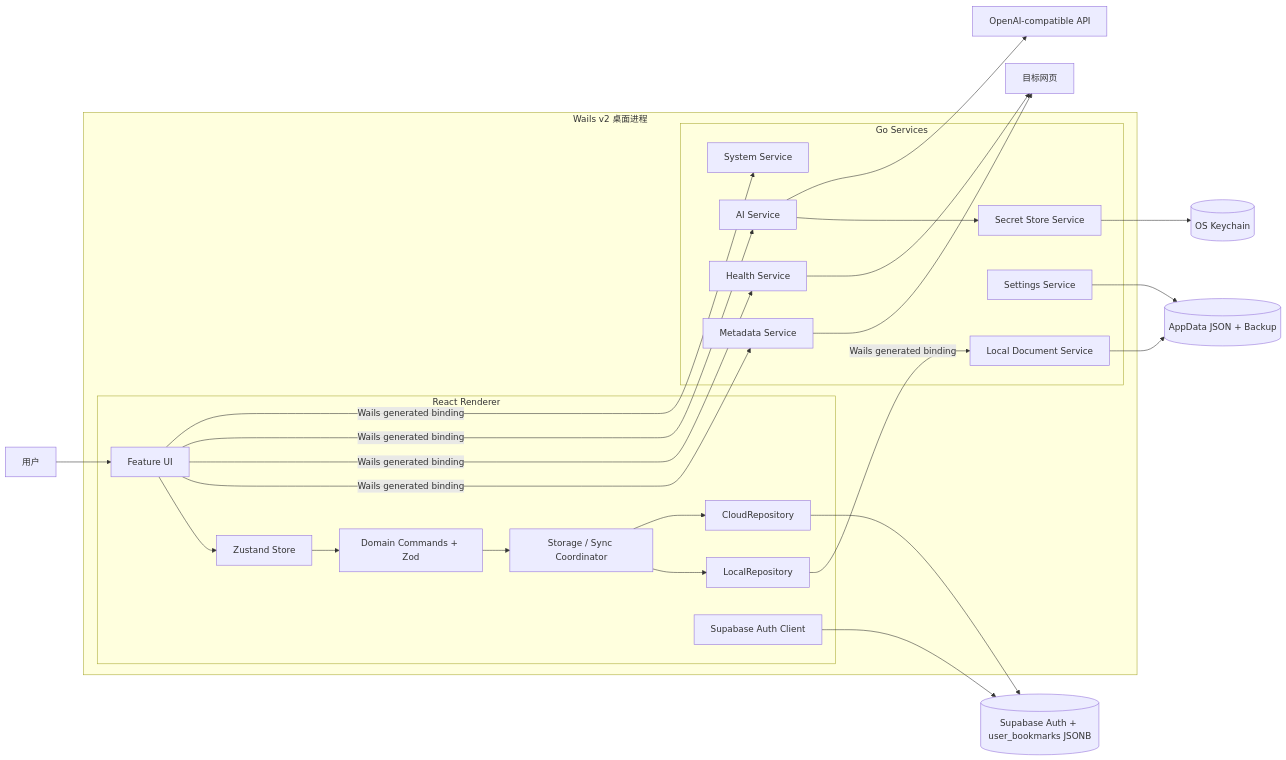
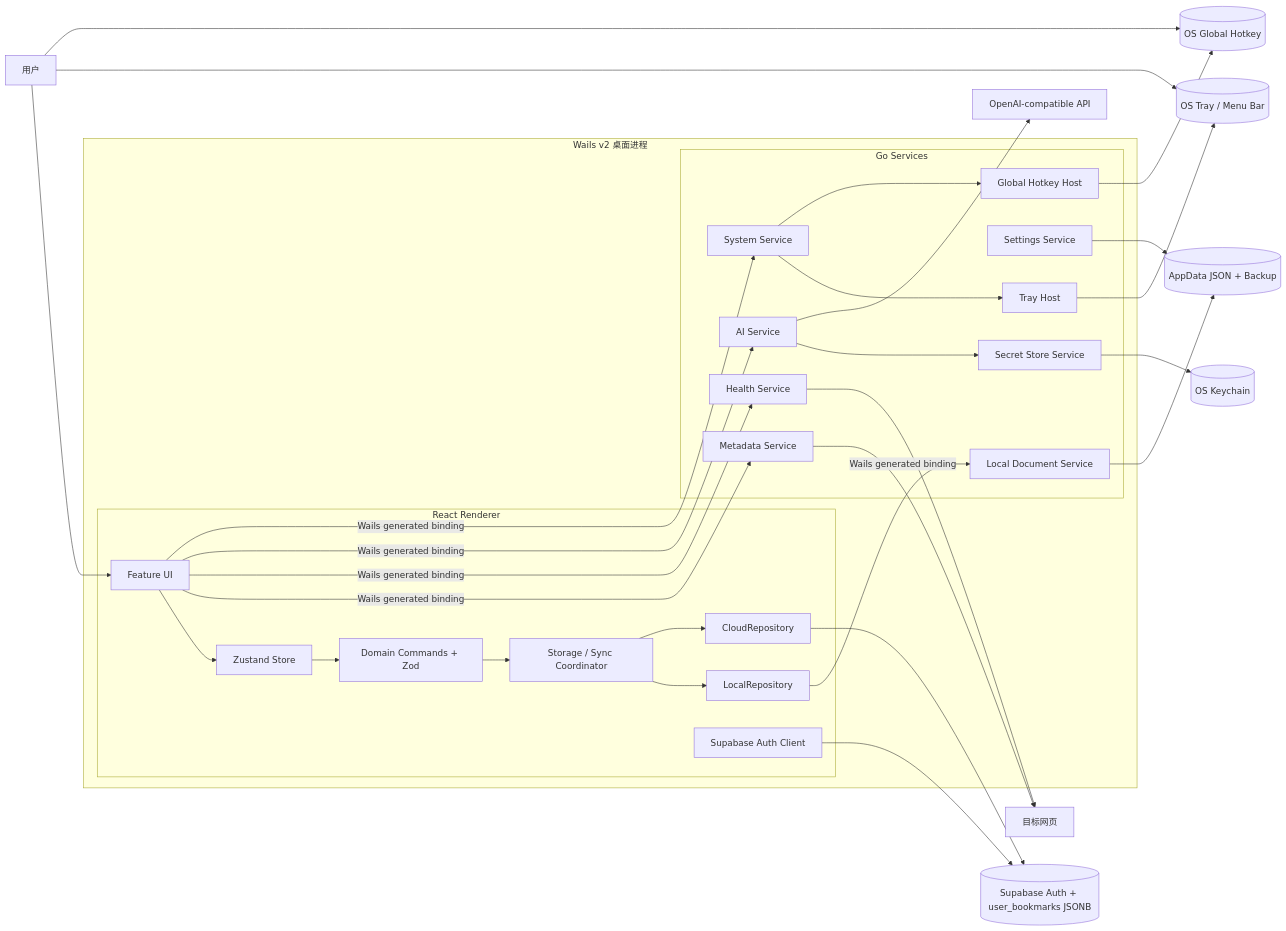
Before and after one commit to blue-idea/collection: the first of 6 diagrams in docs/spec/design.md, drawn with Mermaid. The commit also changed other lines of this file and 60 other files, not shown here.

````diff
--- a/docs/spec/design.md
+++ b/docs/spec/design.md
@@ -81,53 +85,63 @@
 ```mermaid
 flowchart LR
     User[用户]
 
     subgraph Desktop[Wails v2 桌面进程]
         subgraph Renderer[React Renderer]
             UI[Feature UI]
             Store[Zustand Store]
             Domain[Domain Commands + Zod]
             Coordinator[Storage / Sync Coordinator]
             LocalRepo[LocalRepository]
             CloudRepo[CloudRepository]
             SupaAuth[Supabase Auth Client]
         end
 
         subgraph GoHost[Go Services]
             LocalService[Local Document Service]
             SettingsService[Settings Service]
             SecretService[Secret Store Service]
             MetadataService[Metadata Service]
             HealthService[Health Service]
             AIService[AI Service]
             SystemService[System Service]
+            TrayHost[Tray Host]
+            HotkeyHost[Global Hotkey Host]
         end
     end
 
     LocalFS[(AppData JSON + Backup)]
     Keychain[(OS Keychain)]
     Supabase[(Supabase Auth + user_bookmarks JSONB)]
     Web[目标网页]
     AI[OpenAI-compatible API]
+    OSTray[(OS Tray / Menu Bar)]
+    OSHotkey[(OS Global Hotkey)]
 
     User --> UI
+    User --> OSTray
+    User --> OSHotkey
     UI --> Store
     Store --> Domain
     Domain --> Coordinator
     Coordinator --> LocalRepo
     Coordinator --> CloudRepo
     LocalRepo -->|Wails generated binding| LocalService
     CloudRepo --> Supabase
     SupaAuth --> Supabase
     LocalService --> LocalFS
     SettingsService --> LocalFS
     UI -->|Wails generated binding| MetadataService
     UI -->|Wails generated binding| HealthService
     UI -->|Wails generated binding| AIService
     UI -->|Wails generated binding| SystemService
+    SystemService --> TrayHost
+    SystemService --> HotkeyHost
+    TrayHost --> OSTray
+    HotkeyHost --> OSHotkey
     AIService --> SecretService
     SecretService --> Keychain
     MetadataService --> Web
     HealthService --> Web
     AIService --> AI
 ```
````
